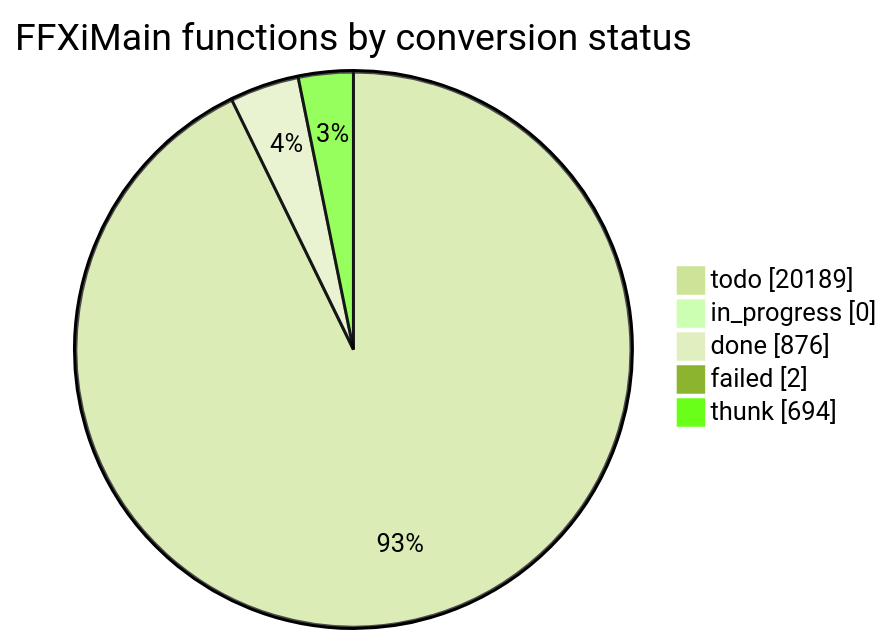
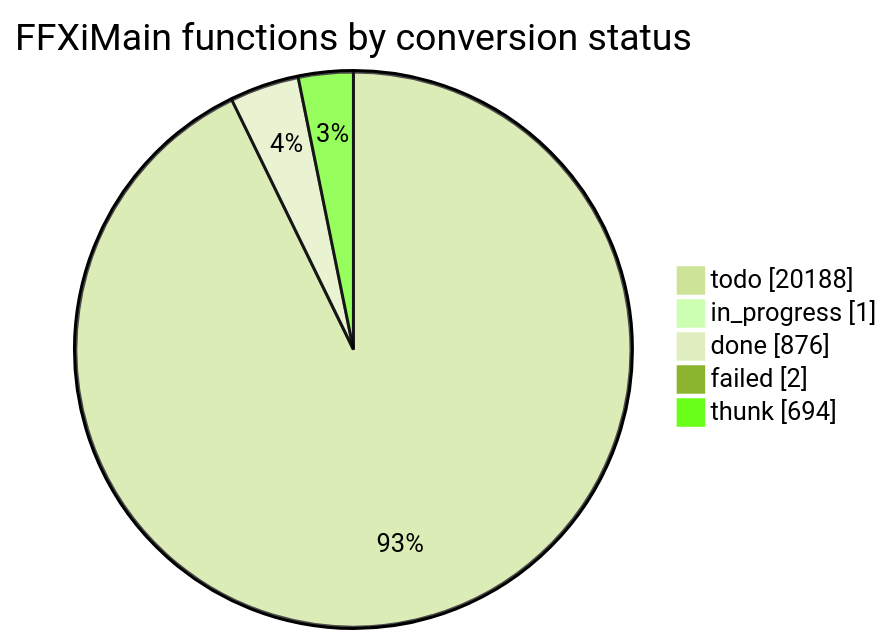
Before and after one commit to cowrevenge/cow_kuluu_xi_anything: the diagram in docs/cow/STATUS.md, drawn with Mermaid (forest theme). The commit also changed other lines of this file and 7 other files, not shown here.

````diff
--- a/docs/cow/STATUS.md
+++ b/docs/cow/STATUS.md
@@ -18,9 +18,9 @@
 ```mermaid
 pie showData
     title FFXiMain functions by conversion status
-    "todo" : 20189
-    "in_progress" : 0
+    "todo" : 20188
+    "in_progress" : 1
     "done" : 876
     "failed" : 2
     "thunk" : 694
 ```
````
